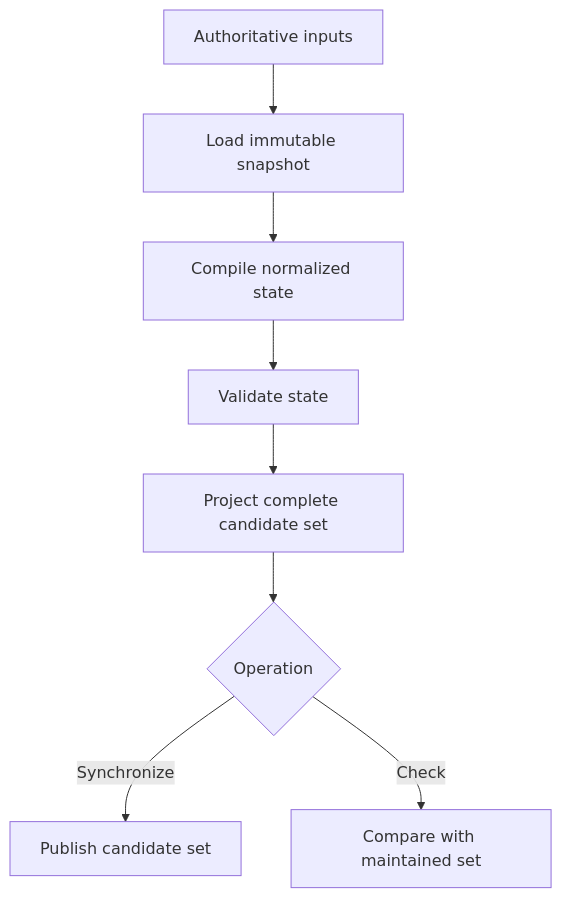
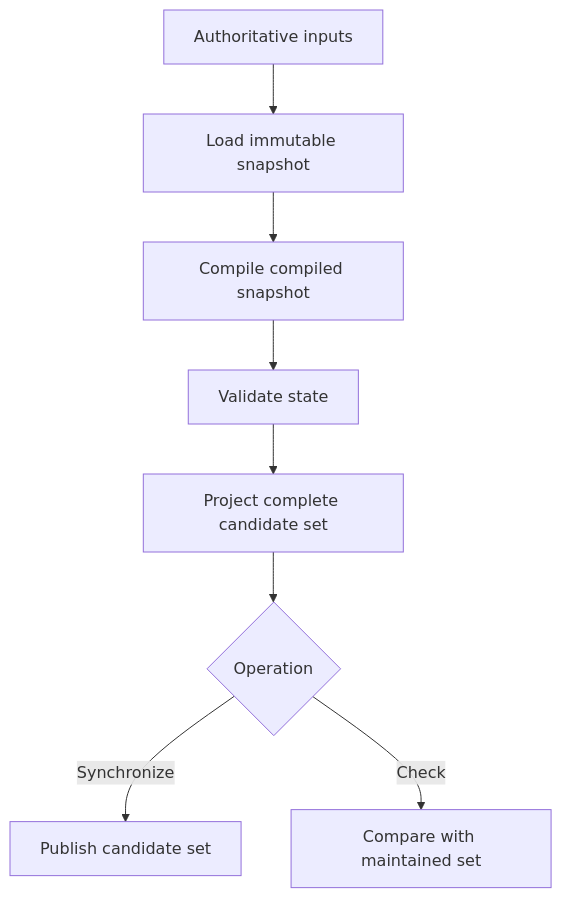
The second of 6 diagrams in docs/architecture/v2/harness/compiler-architecture.md (eragasa/ksdft2effmass), drawn with Mermaid before and after one commit. The commit also changed other lines of this file and 85 other files, not shown here.

Commit message:
docs(architecture): define workflow and harness agent v2

````diff
--- a/docs/architecture/v2/harness/compiler-architecture.md
+++ b/docs/architecture/v2/harness/compiler-architecture.md
@@ -60,10 +62,10 @@
 ```mermaid
 flowchart TB
     input["Authoritative inputs"] --> load["Load immutable snapshot"]
-    load --> compile["Compile normalized state"]
+    load --> compile["Compile compiled snapshot"]
     compile --> validate["Validate state"]
     validate --> project["Project complete candidate set"]
     project --> mode{"Operation"}
     mode -->|Synchronize| publish["Publish candidate set"]
     mode -->|Check| compare["Compare with maintained set"]
 ```
````
